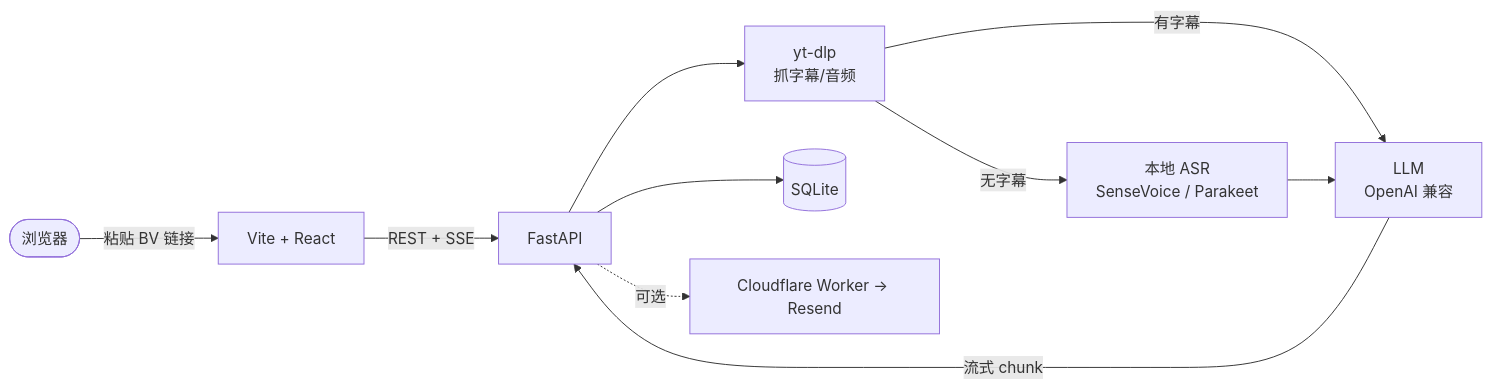
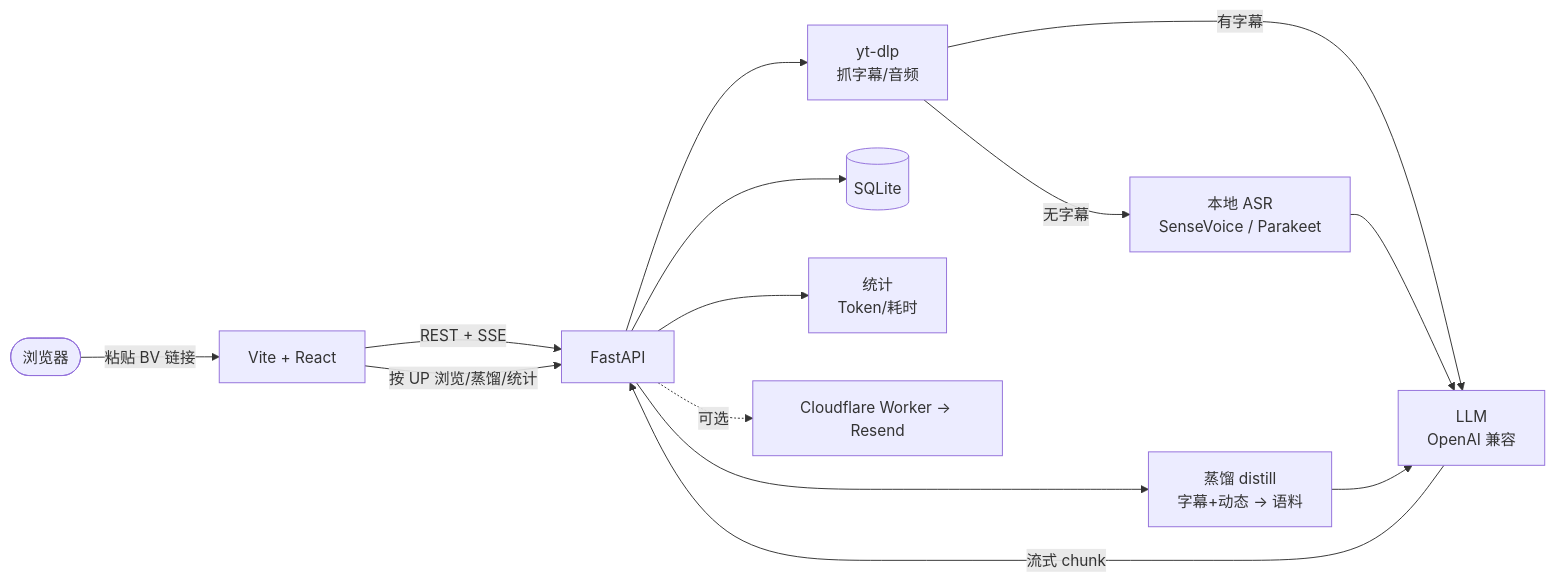
One commit to BazingaOrg/biri-youyaku changed the diagram in README.md. Above: the diagram before and after it, drawn with Mermaid. The commit also changed other lines of this file and 3 other files, not shown here.

````diff
--- a/README.md
+++ b/README.md
@@ -106,12 +110,16 @@
 ```mermaid
 flowchart LR
     user([浏览器]) -->|粘贴 BV 链接| web[Vite + React]
     web -->|REST + SSE| api[FastAPI]
+    web -->|按 UP 浏览/蒸馏/统计| api
     api --> ytdlp[yt-dlp<br/>抓字幕/音频]
     ytdlp -->|有字幕| llm
     ytdlp -->|无字幕| asr[本地 ASR<br/>SenseVoice / Parakeet]
     asr --> llm[LLM<br/>OpenAI 兼容]
+    api --> distill[蒸馏 distill<br/>字幕+动态 → 语料]
+    distill --> llm
     llm -->|流式 chunk| api
     api --> db[(SQLite)]
+    api --> stats[统计<br/>Token/耗时]
     api -. 可选 .-> mail[Cloudflare Worker → Resend]
 ```
````
